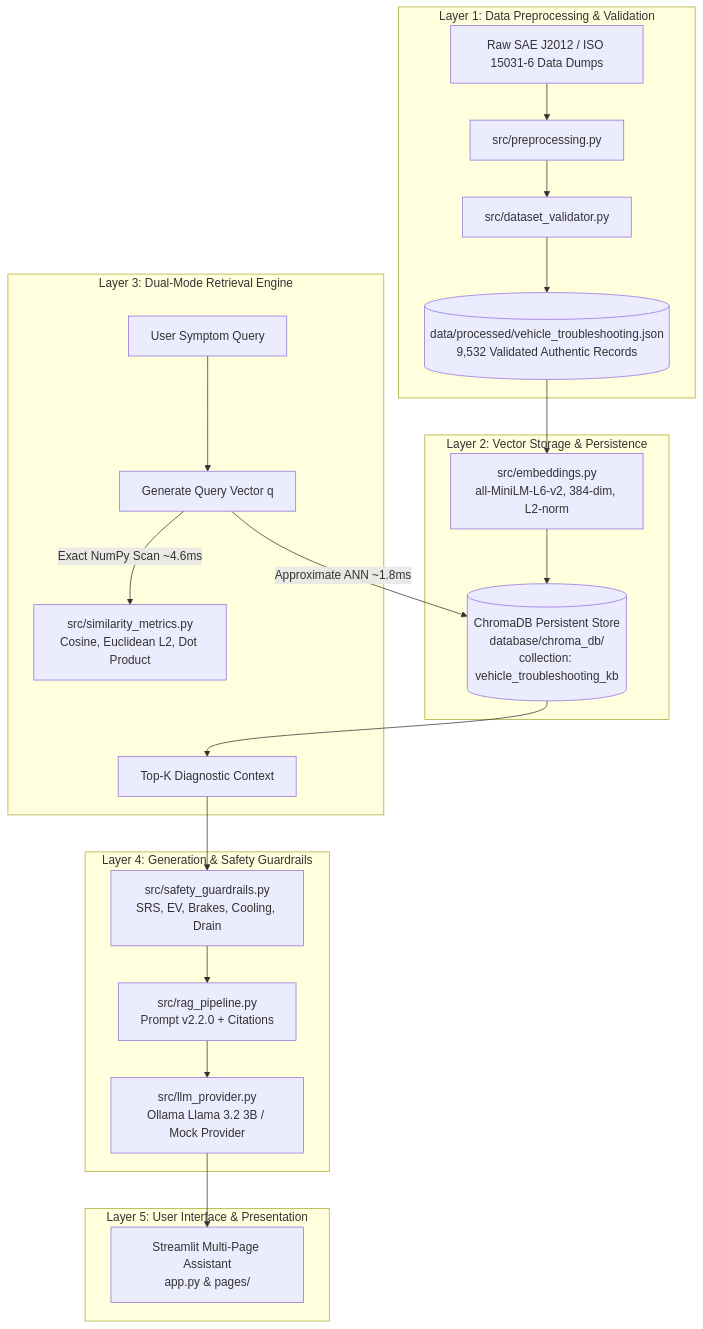
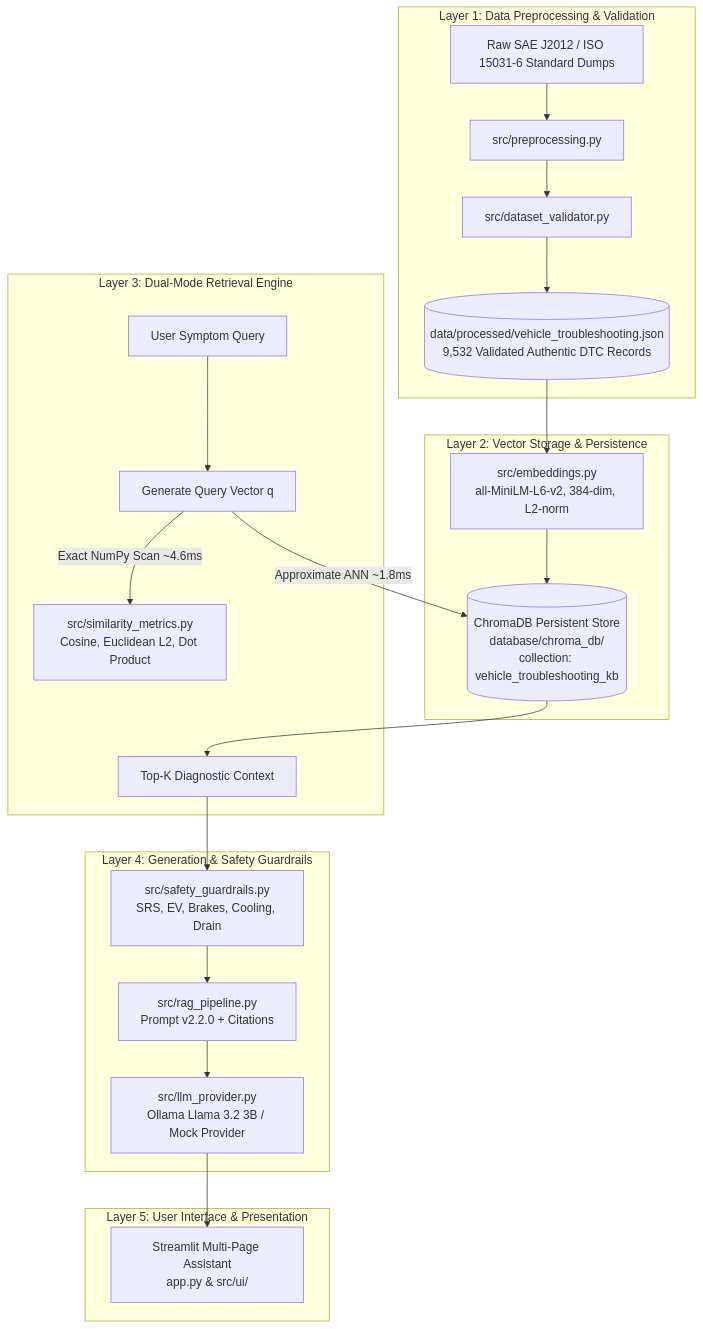
Before and after one commit to hrishabh1103/BITS_MDS_Assignment_02: the diagram in README.md, drawn with Mermaid. The commit also changed other lines of this file and 12 other files, not shown here.

````diff
--- a/README.md
+++ b/README.md
@@ -41,30 +42,30 @@
 ```mermaid
 flowchart TD
     subgraph Layer 1: Data Preprocessing & Validation
-        RAW[Raw SAE J2012 / ISO 15031-6 Data Dumps] --> PRE[src/preprocessing.py]
+        RAW[Raw SAE J2012 / ISO 15031-6 Standard Dumps] --> PRE[src/preprocessing.py]
         PRE --> VAL[src/dataset_validator.py]
-        VAL --> PROC[(data/processed/vehicle_troubleshooting.json<br/>9,532 Validated Authentic Records)]
+        VAL --> PROC[(data/processed/vehicle_troubleshooting.json<br/>9,532 Validated Authentic DTC Records)]
     end
 
     subgraph Layer 2: Vector Storage & Persistence
         PROC --> EMB_ENG[src/embeddings.py<br/>all-MiniLM-L6-v2, 384-dim, L2-norm]
         EMB_ENG --> CDB[("ChromaDB Persistent Store<br/>database/chroma_db/<br/>collection: vehicle_troubleshooting_kb")]
     end
 
     subgraph Layer 3: Dual-Mode Retrieval Engine
         Q[User Symptom Query] --> EMB_Q[Generate Query Vector q]
         EMB_Q -->|Approximate ANN ~1.8ms| CDB
         EMB_Q -->|Exact NumPy Scan ~4.6ms| NUMPY[src/similarity_metrics.py<br/>Cosine, Euclidean L2, Dot Product]
         CDB --> TOPK[Top-K Diagnostic Context]
     end
 
     subgraph Layer 4: Generation & Safety Guardrails
         TOPK --> SAFE[src/safety_guardrails.py<br/>SRS, EV, Brakes, Cooling, Drain]
         SAFE --> RAG[src/rag_pipeline.py<br/>Prompt v2.2.0 + Citations]
         RAG --> LLM[src/llm_provider.py<br/>Ollama Llama 3.2 3B / Mock Provider]
     end
 
     subgraph Layer 5: User Interface & Presentation
-        LLM --> UI[Streamlit Multi-Page Assistant<br/>app.py & pages/]
+        LLM --> UI[Streamlit Multi-Page Assistant<br/>app.py & src/ui/]
     end
 ```
````
